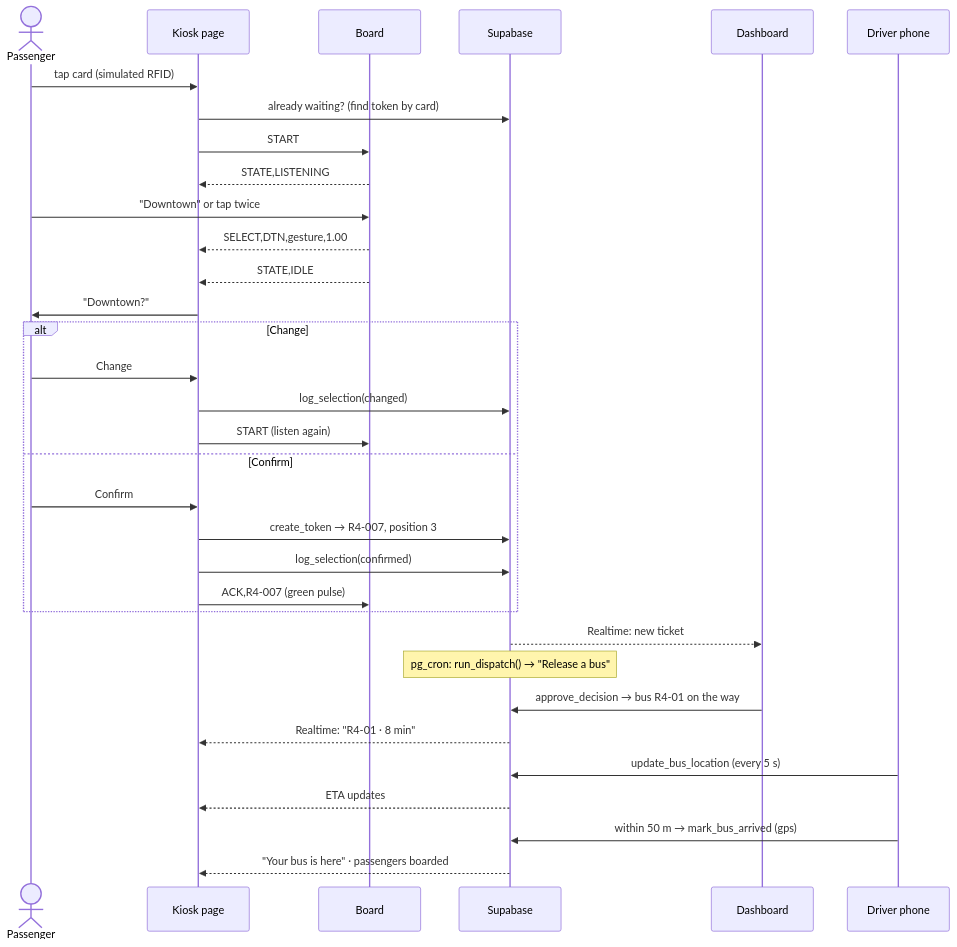
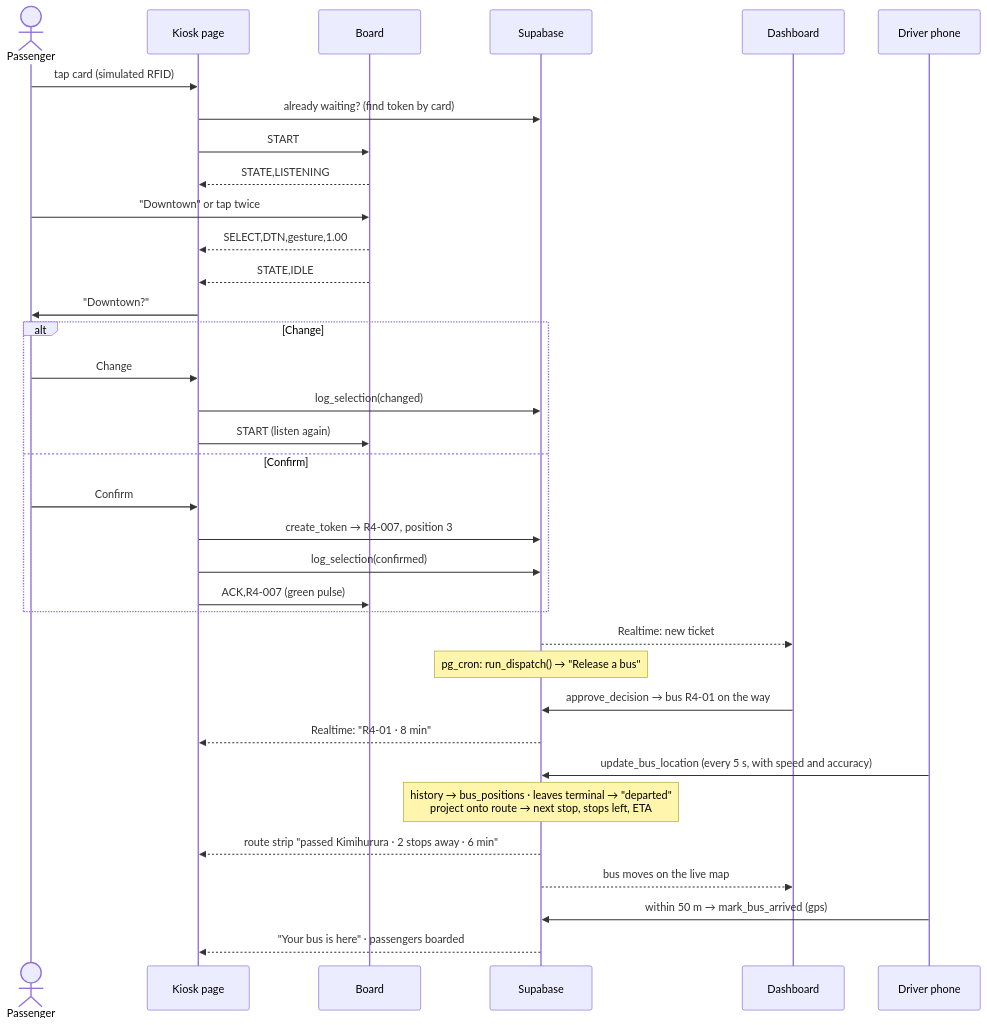
One commit to Hemmy01/stopsync changed the second of 4 diagrams in docs/architecture.md. Above: the diagram before and after it, drawn with Mermaid. The commit also changed 1 other file, not shown here.

Commit message:
docs: describe routes, live tracking and the map

````diff
--- a/docs/architecture.md
+++ b/docs/architecture.md
@@ -47,36 +47,38 @@
 ```mermaid
 sequenceDiagram
   actor P as Passenger
   participant K as Kiosk page
   participant B as Board
   participant DB as Supabase
   participant HQ as Dashboard
   participant D as Driver phone
 
   P->>K: tap card (simulated RFID)
   K->>DB: already waiting? (find token by card)
   K->>B: START
   B-->>K: STATE,LISTENING
   P->>B: "Downtown" or tap twice
   B-->>K: SELECT,DTN,gesture,1.00
   B-->>K: STATE,IDLE
   K->>P: "Downtown?"
   alt Change
     P->>K: Change
     K->>DB: log_selection(changed)
     K->>B: START (listen again)
   else Confirm
     P->>K: Confirm
     K->>DB: create_token → R4-007, position 3
     K->>DB: log_selection(confirmed)
     K->>B: ACK,R4-007 (green pulse)
   end
   DB-->>HQ: Realtime: new ticket
   Note over DB: pg_cron: run_dispatch() → "Release a bus"
   HQ->>DB: approve_decision → bus R4-01 on the way
   DB-->>K: Realtime: "R4-01 · 8 min"
-  D->>DB: update_bus_location (every 5 s)
-  DB-->>K: ETA updates
+  D->>DB: update_bus_location (every 5 s, with speed and accuracy)
+  Note over DB: history → bus_positions · leaves terminal → "departed"<br/>project onto route → next stop, stops left, ETA
+  DB-->>K: route strip "passed Kimihurura · 2 stops away · 6 min"
+  DB-->>HQ: bus moves on the live map
   D->>DB: within 50 m → mark_bus_arrived (gps)
   DB-->>K: "Your bus is here" · passengers boarded
 ```
````
